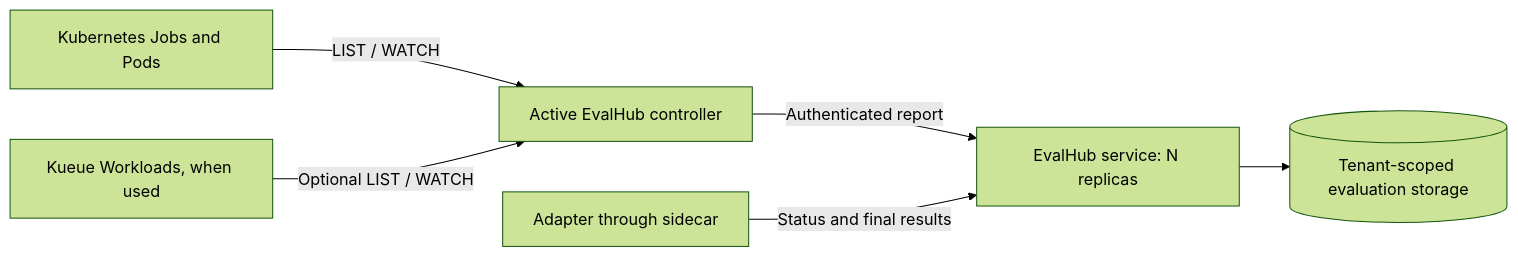
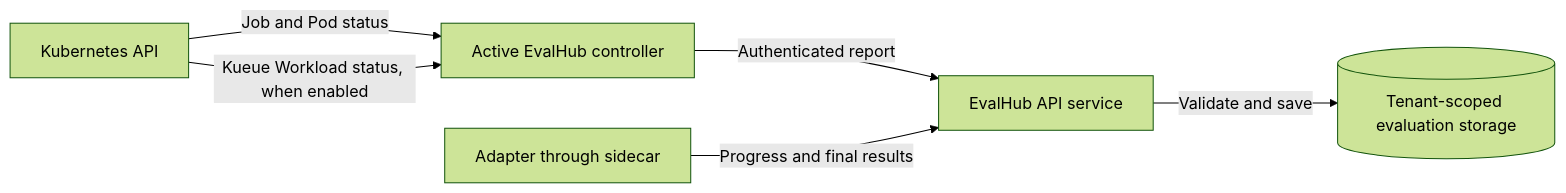
Before and after one commit to opendatahub-io/architecture-decision-records: the diagram in architecture-decision-records/eval-hub/ODH-ADR-EH-0005-job-failure-reconciliation.md, drawn with Mermaid (forest theme). The commit also changed other lines of this file, not shown here.

Commit message:
Clarify the EA1 operator fix and proposed GA controller handover

````diff
--- a/architecture-decision-records/eval-hub/ODH-ADR-EH-0005-job-failure-reconciliation.md
+++ b/architecture-decision-records/eval-hub/ODH-ADR-EH-0005-job-failure-reconciliation.md
@@ -69,8 +80,8 @@
 ```mermaid
 flowchart LR
-    K["Kubernetes Jobs and Pods"] -->|LIST / WATCH| C["Active EvalHub controller"]
-    W["Kueue Workloads, when used"] -->|Optional LIST / WATCH| C
-    C -->|Authenticated report| S["EvalHub service: N replicas"]
-    S --> D[("Tenant-scoped evaluation storage")]
-    A["Adapter through sidecar"] -->|Status and final results| S
+    K["Kubernetes API"] -->|Job and Pod status| C["Active EvalHub controller"]
+    K -->|Kueue Workload status, when enabled| C
+    C -->|Authenticated report| S["EvalHub API service"]
+    A["Adapter through sidecar"] -->|Progress and final results| S
+    S -->|Validate and save| D[("Tenant-scoped evaluation storage")]
 ```
````
